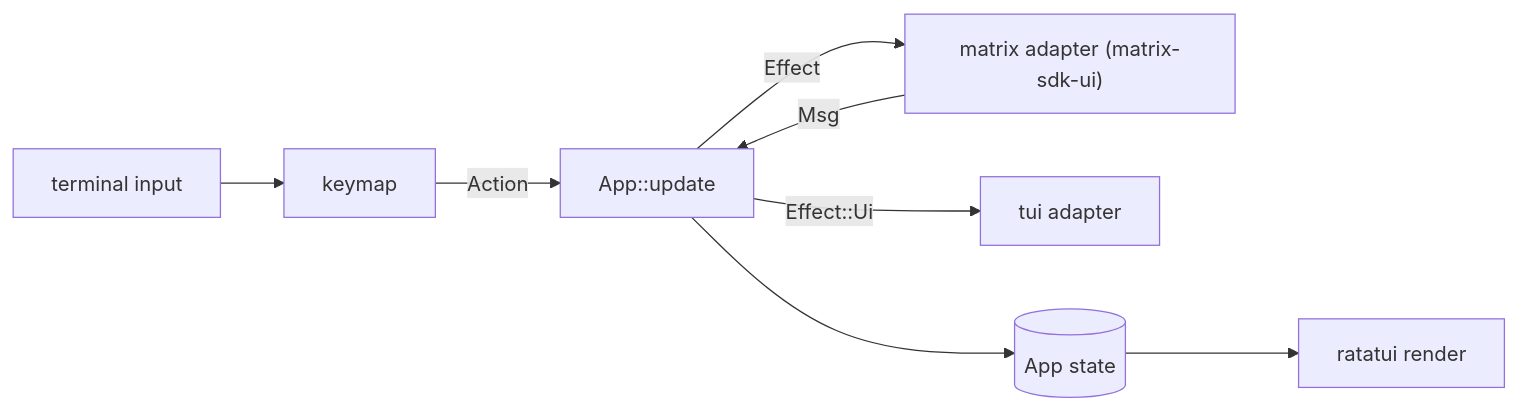
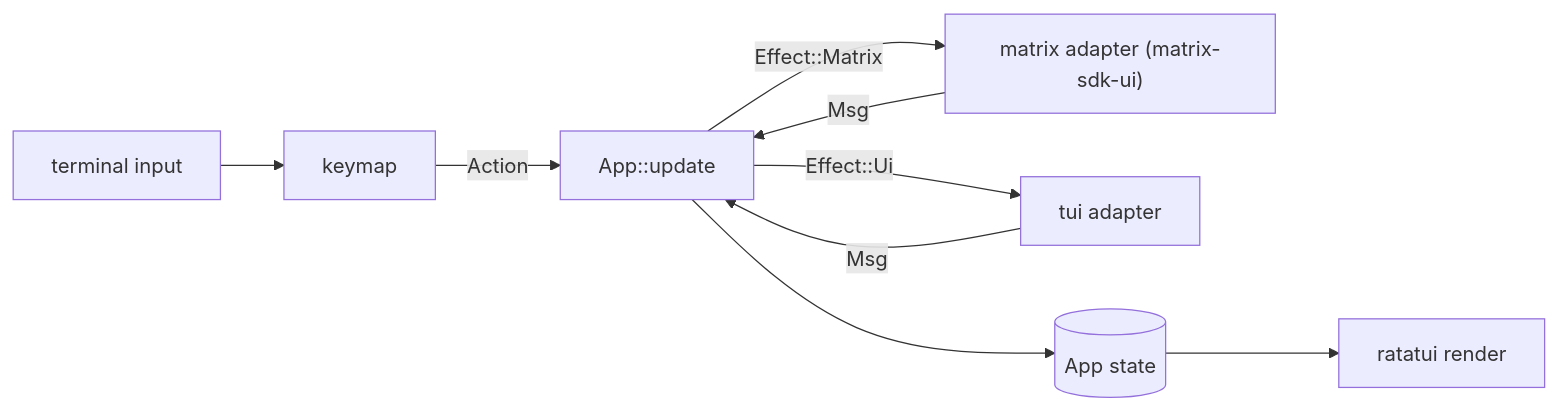
One commit to kisepichu/mxt changed the first of 2 diagrams in docs/superpowers/specs/2026-11-18-mxt-design.md. Above: the diagram before and after it, drawn with Mermaid. The commit also changed other lines of this file, not shown here.

````diff
--- a/docs/superpowers/specs/2026-11-18-mxt-design.md
+++ b/docs/superpowers/specs/2026-11-18-mxt-design.md
@@ -91,10 +96,11 @@
 ```mermaid
 flowchart LR
   input[terminal input] --> keymap
   keymap -->|Action| update["App::update"]
   mtask["matrix adapter (matrix-sdk-ui)"] -->|Msg| update
-  update -->|Effect| mtask
-  update -->|Effect::Ui| tui[tui adapter]
+  tui[tui adapter] -->|Msg| update
+  update -->|Effect::Matrix| mtask
+  update -->|Effect::Ui| tui
   update --> state[(App state)]
   state --> render[ratatui render]
 ```
````
